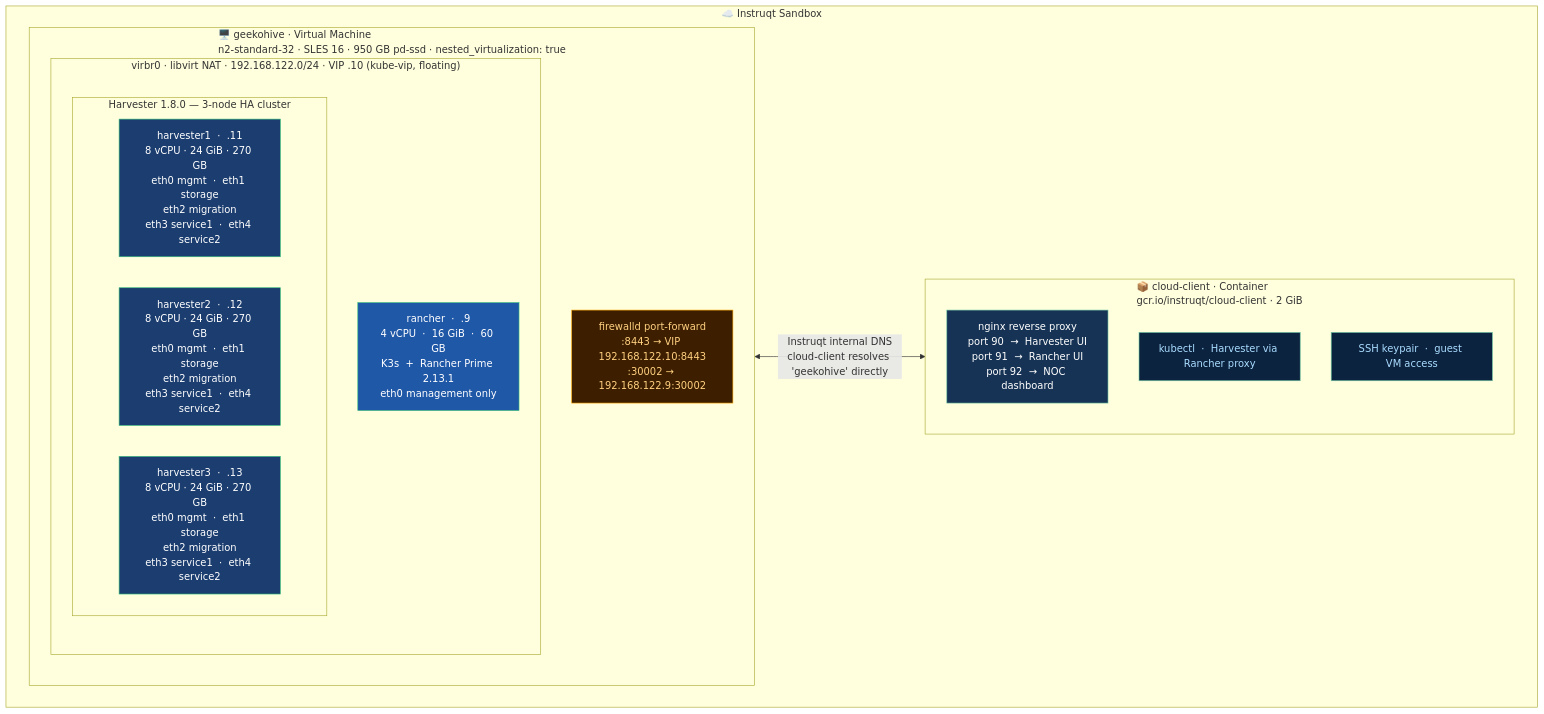
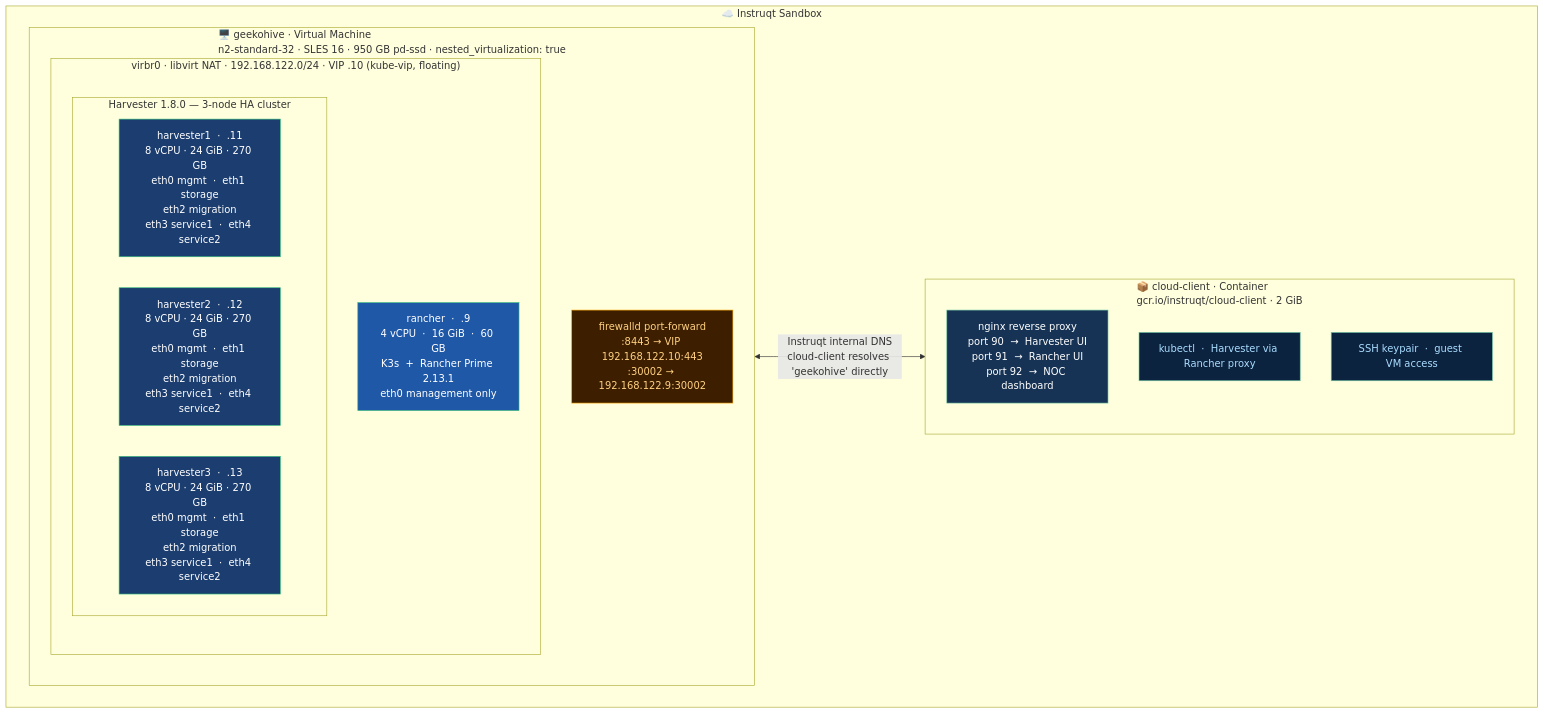
Before and after one commit to SUSE-Technical-Marketing/suse-virt-rodeo: the diagram in assets/diagrams/sandbox-layout.mmd, drawn with Mermaid. The commit also changed 10 other files, not shown here.

First line of the commit message:
Fix Harvester DNAT target: host:8443 -> VIP:443

```diff
--- a/assets/diagrams/sandbox-layout.mmd
+++ b/assets/diagrams/sandbox-layout.mmd
@@ -1,41 +1,41 @@
 graph TB
     subgraph SANDBOX["☁️  Instruqt Sandbox"]
         direction LR
 
         subgraph GH["🖥️  geekohive  ·  Virtual Machine\nn2-standard-32  ·  SLES 16  ·  950 GB pd-ssd  ·  nested_virtualization: true"]
             direction TB
-            DNAT["firewalld port-forward\n:8443 → VIP 192.168.122.10:8443\n:30002 → 192.168.122.9:30002"]
+            DNAT["firewalld port-forward\n:8443 → VIP 192.168.122.10:443\n:30002 → 192.168.122.9:30002"]
 
             subgraph VIRBR["virbr0  ·  libvirt NAT  ·  192.168.122.0/24  ·  VIP .10 (kube-vip, floating)"]
                 direction TB
                 subgraph HVC["Harvester 1.8.0  —  3-node HA cluster"]
                     direction LR
                     H1["harvester1  ·  .11\n8 vCPU · 24 GiB · 270 GB\neth0 mgmt  ·  eth1 storage\neth2 migration\neth3 service1  ·  eth4 service2"]
                     H2["harvester2  ·  .12\n8 vCPU · 24 GiB · 270 GB\neth0 mgmt  ·  eth1 storage\neth2 migration\neth3 service1  ·  eth4 service2"]
                     H3["harvester3  ·  .13\n8 vCPU · 24 GiB · 270 GB\neth0 mgmt  ·  eth1 storage\neth2 migration\neth3 service1  ·  eth4 service2"]
                 end
                 RN["rancher  ·  .9\n4 vCPU  ·  16 GiB  ·  60 GB\nK3s  +  Rancher Prime 2.13.1\neth0 management only"]
             end
         end
 
         subgraph CC["📦  cloud-client  ·  Container\ngcr.io/instruqt/cloud-client  ·  2 GiB"]
             direction TB
             NGX["nginx reverse proxy\nport 90  →  Harvester UI\nport 91  →  Rancher UI\nport 92  →  NOC dashboard"]
             KCT["kubectl  ·  Harvester via Rancher proxy"]
             SSH_KEY["SSH keypair  ·  guest VM access"]
         end
     end
 
     GH <-->|"Instruqt internal DNS\ncloud-client resolves 'geekohive' directly"| CC
 
     classDef harvester fill:#1B3D6F,stroke:#30BA78,color:#fff
     classDef rancher   fill:#2058A8,stroke:#30BA78,color:#fff
     classDef nginx     fill:#163355,stroke:#6EC6A0,color:#fff
     classDef dnat      fill:#3D1F00,stroke:#FFA500,color:#FFD080
     classDef util      fill:#0C2340,stroke:#6EC6A0,color:#adf
 
     class H1,H2,H3 harvester
     class RN rancher
     class NGX nginx
     class DNAT dnat
     class KCT,SSH_KEY util
```
